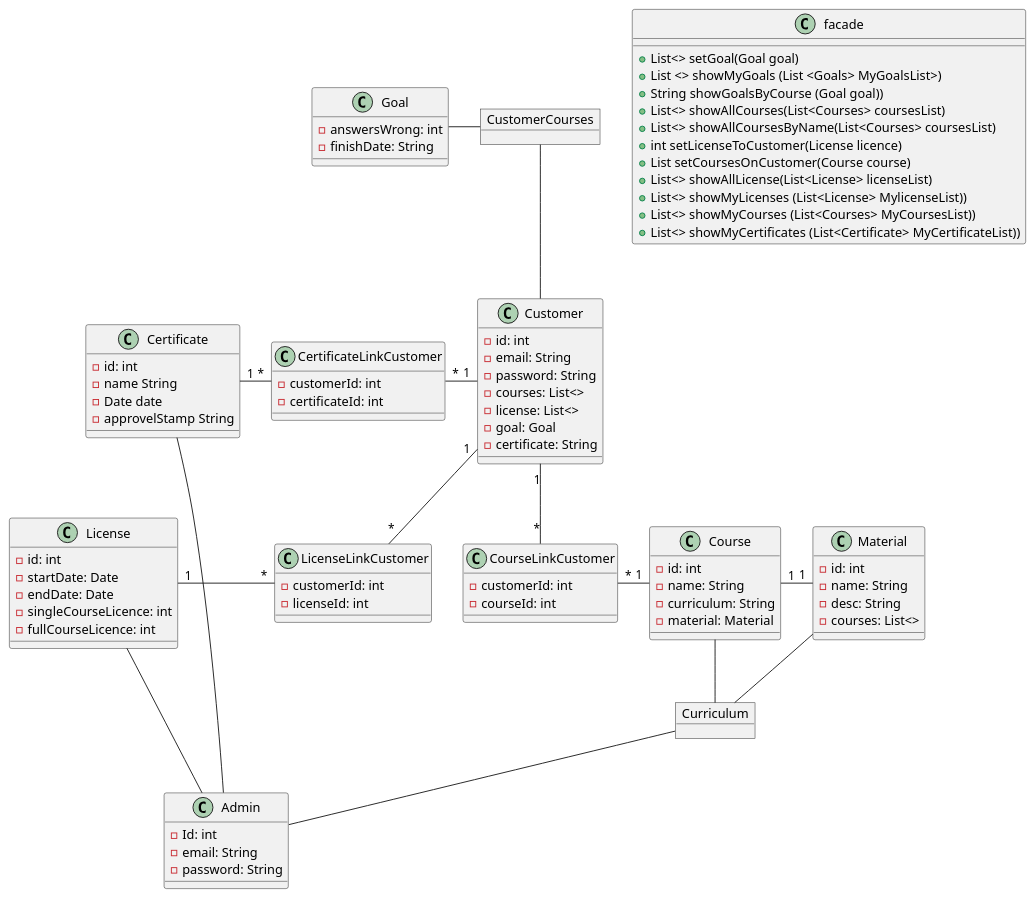
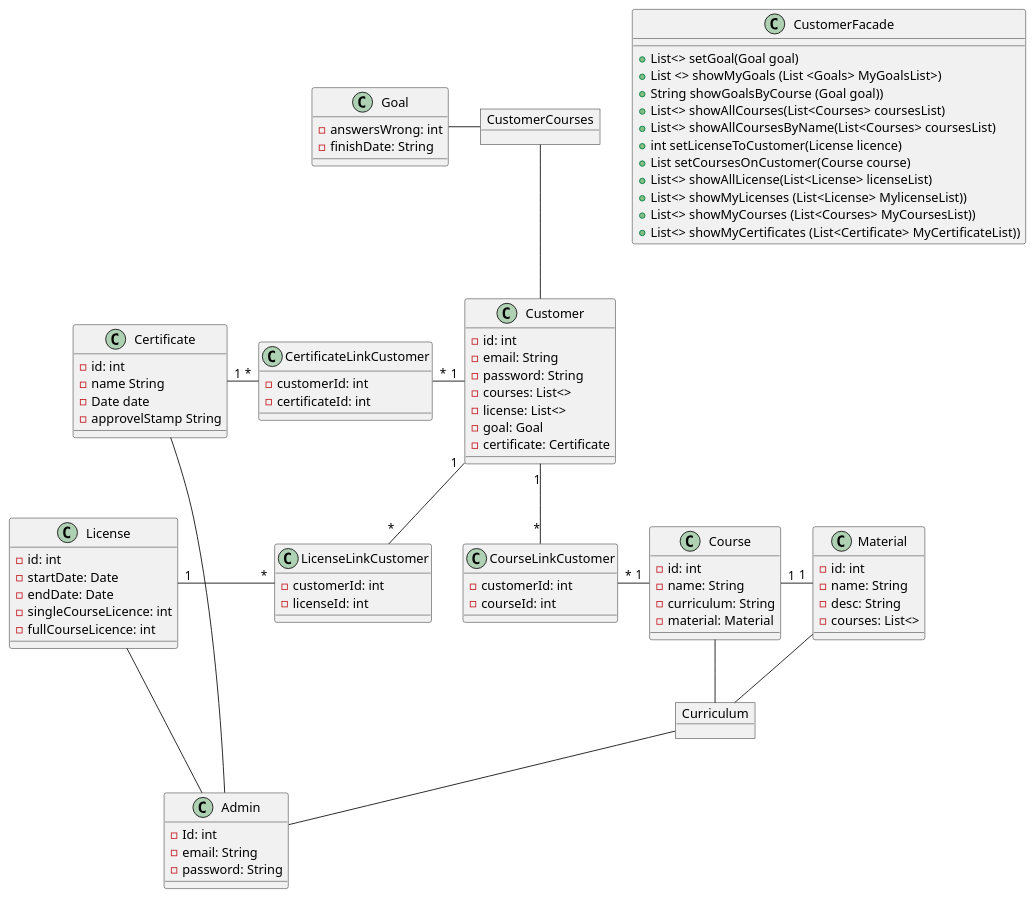
The diagram in src/Class.puml (Rene061089/PlatumlDomeaneModdelering), drawn with PlantUML before and after one commit.

Commit message:
ændret i navne

```diff
--- a/src/Class.puml
+++ b/src/Class.puml
@@ -1,110 +1,110 @@
 @startuml
 
 
 
 object Curriculum
 object CustomerCourses
 
 class Admin {
 -Id: int
 -email: String
 -password: String
 
 }
 
 class CourseLinkCustomer {
 -customerId: int
 -courseId: int
 }
 
 class CertificateLinkCustomer {
 -customerId: int
 -certificateId: int
 }
 
 
 class LicenseLinkCustomer {
 -customerId: int
 -licenseId: int
 }
 
 class Certificate{
 -id: int
 -name String
 -Date date
 - approvelStamp String
 }
 
 class License{
 - id: int
 - startDate: Date
 - endDate: Date
 -singleCourseLicence: int
 -fullCourseLicence: int
 }
 
 class Material{
 -id: int
 -name: String
 -desc: String
 -courses: List<>
 }
 
 class Course{
 -id: int
 -name: String
 -curriculum: String
 -material: Material
 }
 
 class Goal{
 -answersWrong: int
 -finishDate: String
 }
 
 class Customer{
 -id: int
 -email: String
 -password: String
 -courses: List<>
 -license: List<>
 -goal: Goal
--certificate: String
+-certificate: Certificate
 
 }
 
-class facade{
+class CustomerFacade{
 + List<> setGoal(Goal goal)
 + List <> showMyGoals (List <Goals> MyGoalsList>)
 + String showGoalsByCourse (Goal goal))
 + List<> showAllCourses(List<Courses> coursesList)
 + List<> showAllCoursesByName(List<Courses> coursesList)
 + int setLicenseToCustomer(License licence)
 + List setCoursesOnCustomer(Course course)
 + List<> showAllLicense(List<License> licenseList)
 + List<> showMyLicenses (List<License> MylicenseList))
 + List<> showMyCourses (List<Courses> MyCoursesList))
 + List<> showMyCertificates (List<Certificate> MyCertificateList))
 }
 
 
 CustomerCourses -down- Customer
 CustomerCourses -left- Goal
 Customer "1" -- "*" LicenseLinkCustomer
 License "1" - "*" LicenseLinkCustomer
 Customer "1" -left- "*" CertificateLinkCustomer
 CertificateLinkCustomer "*" -left- "1" Certificate
 Course "1" -left- "*" CourseLinkCustomer
 Customer "1" -- "*" CourseLinkCustomer
 
 
 
 
 Course "1" -right- "1" Material
 License -right- Admin
 Certificate -right- Admin
 Curriculum -down- Admin
 Material -down- Curriculum
 Course  -down-  Curriculum
 
 @enduml
```
